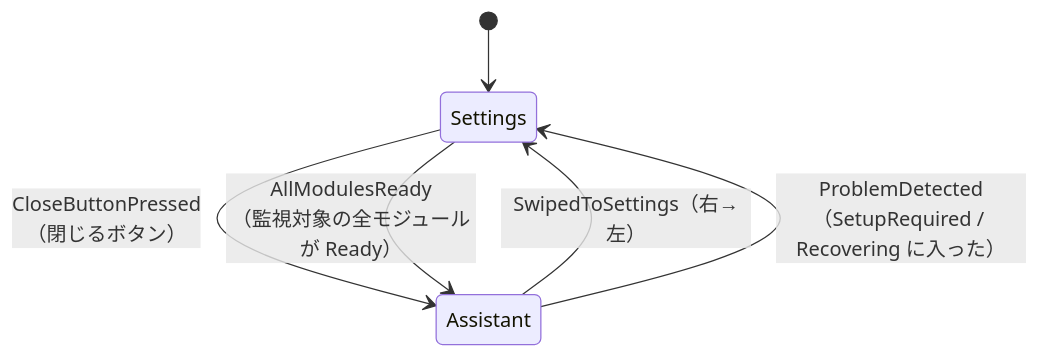
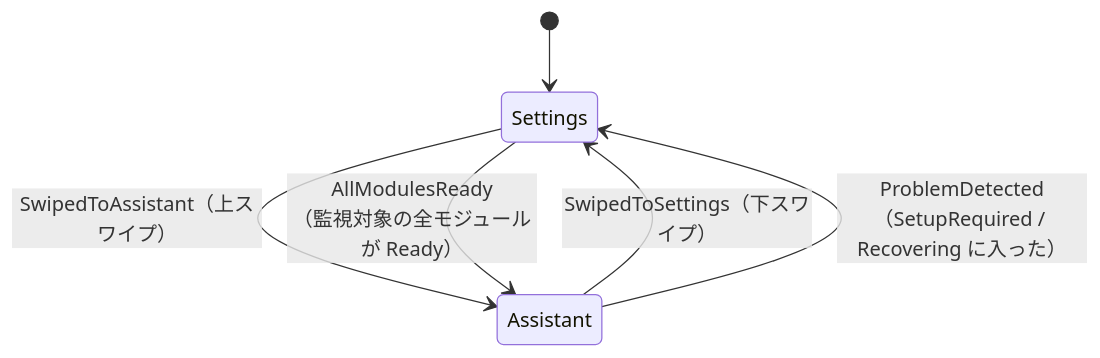
Before and after one commit to kibou-vision/m5a: the second of 2 diagrams in docs/design/state.md, drawn with Mermaid. The commit also changed other lines of this file and 9 other files, not shown here.

````diff
--- a/docs/design/state.md
+++ b/docs/design/state.md
@@ -100,9 +100,9 @@
 ```mermaid
 stateDiagram-v2
   [*] --> Settings
 
-  Assistant --> Settings : SwipedToSettings（右→左）
-  Settings --> Assistant : CloseButtonPressed<br/>（閉じるボタン）
+  Assistant --> Settings : SwipedToSettings（下スワイプ）
+  Settings --> Assistant : SwipedToAssistant（上スワイプ）
   Assistant --> Settings : ProblemDetected<br/>（SetupRequired / Recovering に入った）
   Settings --> Assistant : AllModulesReady<br/>（監視対象の全モジュールが Ready）
 ```
````
